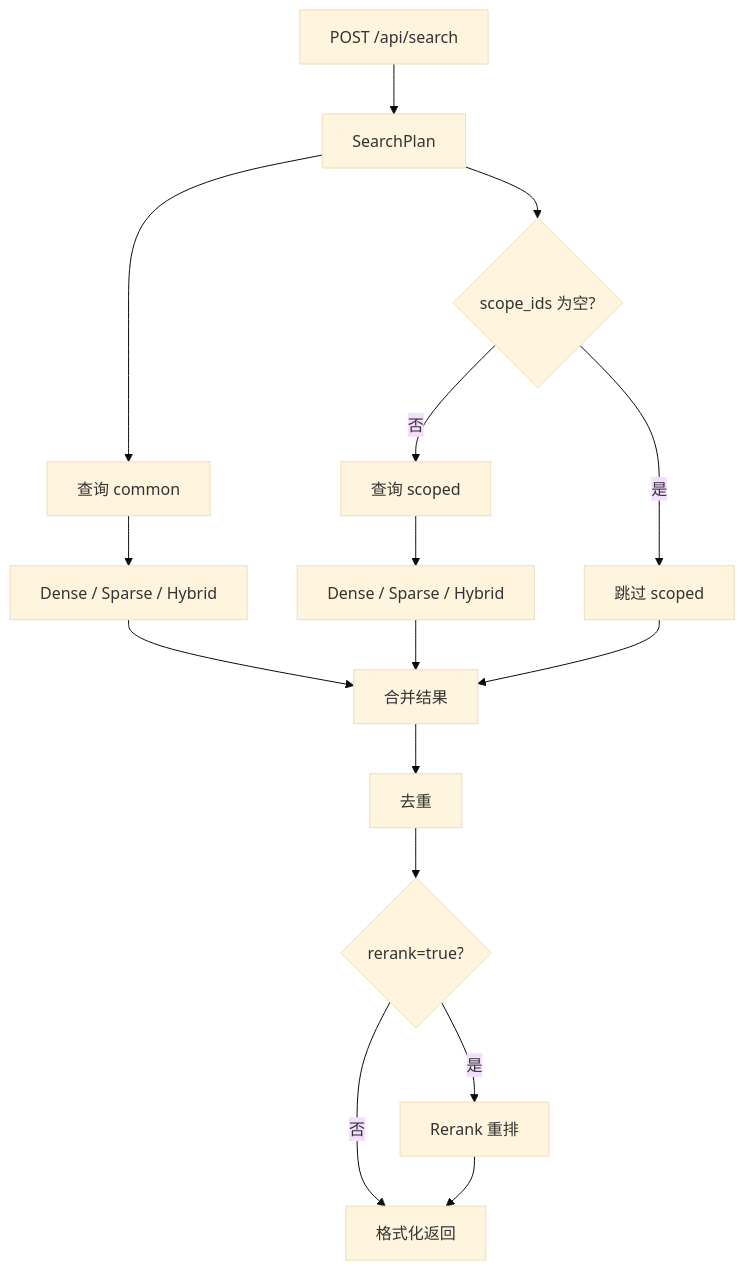
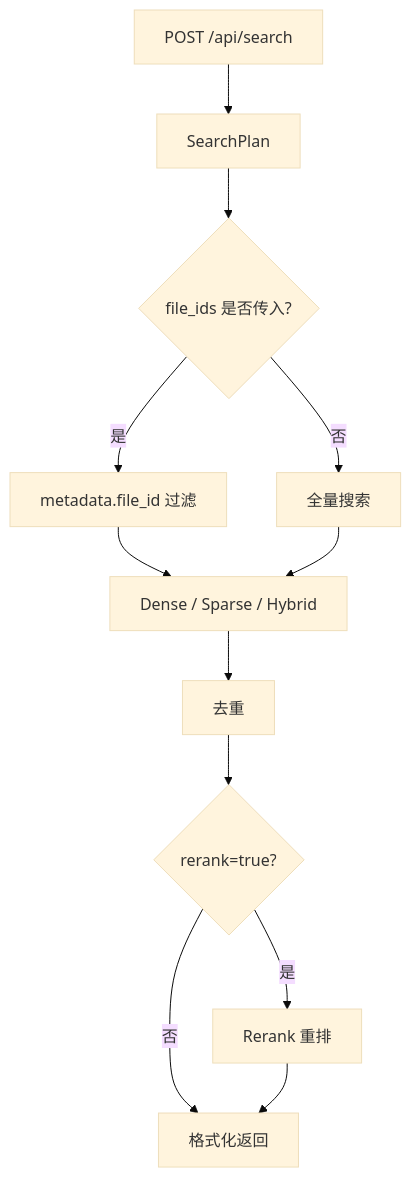
The fourth of 4 diagrams in docs/architecture.md (guobinqiu/new_brain), drawn with Mermaid (base theme) before and after one commit. The commit also changed other lines of this file and 72 other files, not shown here.

````diff
--- a/docs/architecture.md
+++ b/docs/architecture.md
@@ -128,21 +136,14 @@
 ```mermaid
 flowchart TB
   Query["POST /api/search"] --> Plan["SearchPlan"]
-  Plan --> Common["查询 common"]
-  Plan --> Scoped{"scope_ids 为空?"}
-  Scoped -->|否| ScopedSearch["查询 scoped"]
-  Scoped -->|是| SkipScoped["跳过 scoped"]
-
-  Common --> RetrieveCommon["Dense / Sparse / Hybrid"]
-  ScopedSearch --> RetrieveScoped["Dense / Sparse / Hybrid"]
-
-  RetrieveCommon --> Merge["合并结果"]
-  RetrieveScoped --> Merge
-  SkipScoped --> Merge
-
-  Merge --> Dedupe["去重"]
+  Plan --> Filter{"file_ids 是否传入?"}
+  Filter -->|是| FileFilter["metadata.file_id 过滤"]
+  Filter -->|否| Full["全量搜索"]
+  FileFilter --> Retrieve["Dense / Sparse / Hybrid"]
+  Full --> Retrieve
+  Retrieve --> Dedupe["去重"]
   Dedupe --> NeedRerank{"rerank=true?"}
   NeedRerank -->|是| Rerank["Rerank 重排"]
   NeedRerank -->|否| Format["格式化返回"]
   Rerank --> Format
 ```
````
